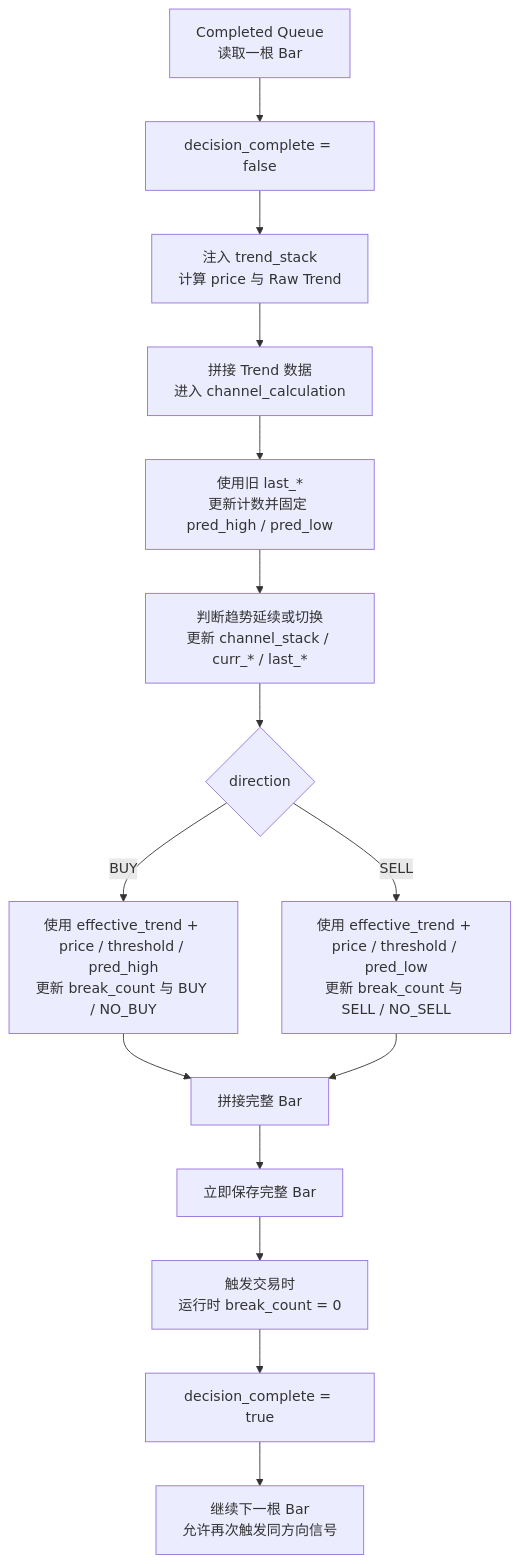
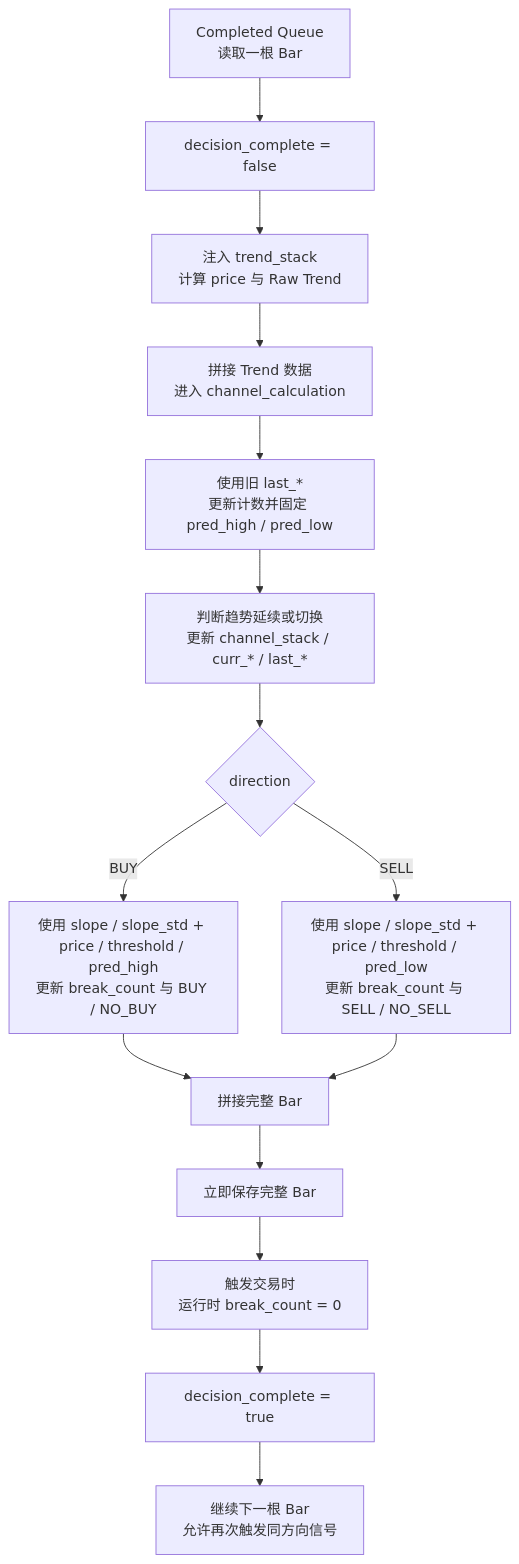
One commit to yulan307/intraday-channel-engine changed the fifth of 7 diagrams in docs/ibapi_single_day_test_flow_design.md. Above: the diagram before and after it, drawn with Mermaid. The commit also changed other lines of this file and 9 other files, not shown here.

Commit message:
Gate trade signals by trend slope

````diff
--- a/docs/ibapi_single_day_test_flow_design.md
+++ b/docs/ibapi_single_day_test_flow_design.md
@@ -1545,31 +1553,31 @@
 ```mermaid
 flowchart TD
     A["Completed Queue<br/>读取一根 Bar"]
 
     A --> B["decision_complete = false"]
 
     B --> C["注入 trend_stack<br/>计算 price 与 Raw Trend"]
 
     C --> D["拼接 Trend 数据<br/>进入 channel_calculation"]
 
     D --> E["使用旧 last_*<br/>更新计数并固定 pred_high / pred_low"]
 
     E --> F["判断趋势延续或切换<br/>更新 channel_stack / curr_* / last_*"]
 
     F --> G{"direction"}
 
-    G -->|"BUY"| H["使用 effective_trend + price / threshold / pred_high<br/>更新 break_count 与 BUY / NO_BUY"]
+    G -->|"BUY"| H["使用 slope / slope_std + price / threshold / pred_high<br/>更新 break_count 与 BUY / NO_BUY"]
 
-    G -->|"SELL"| I["使用 effective_trend + price / threshold / pred_low<br/>更新 break_count 与 SELL / NO_SELL"]
+    G -->|"SELL"| I["使用 slope / slope_std + price / threshold / pred_low<br/>更新 break_count 与 SELL / NO_SELL"]
 
     H --> J["拼接完整 Bar"]
     I --> J
 
     J --> K["立即保存完整 Bar"]
 
     K --> L["触发交易时<br/>运行时 break_count = 0"]
 
     L --> M["decision_complete = true"]
 
     M --> N["继续下一根 Bar<br/>允许再次触发同方向信号"]
 ```
````
